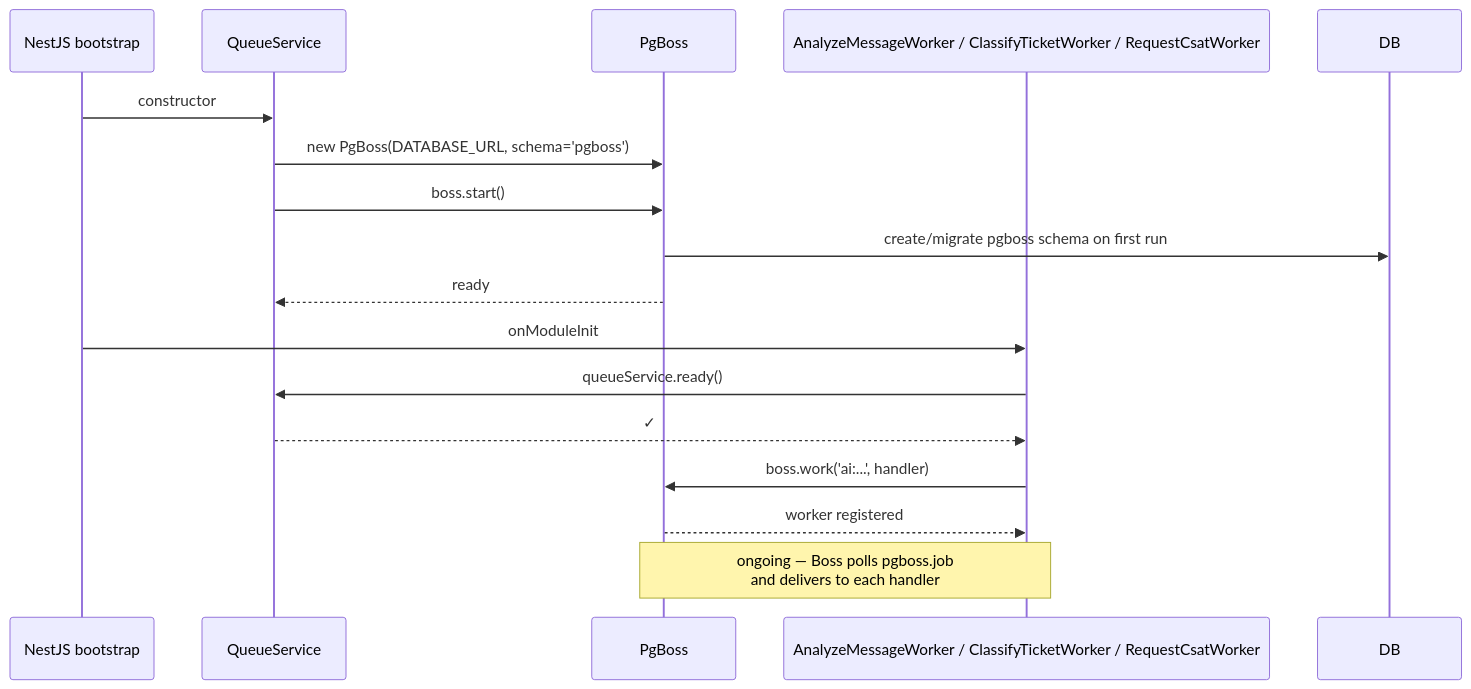
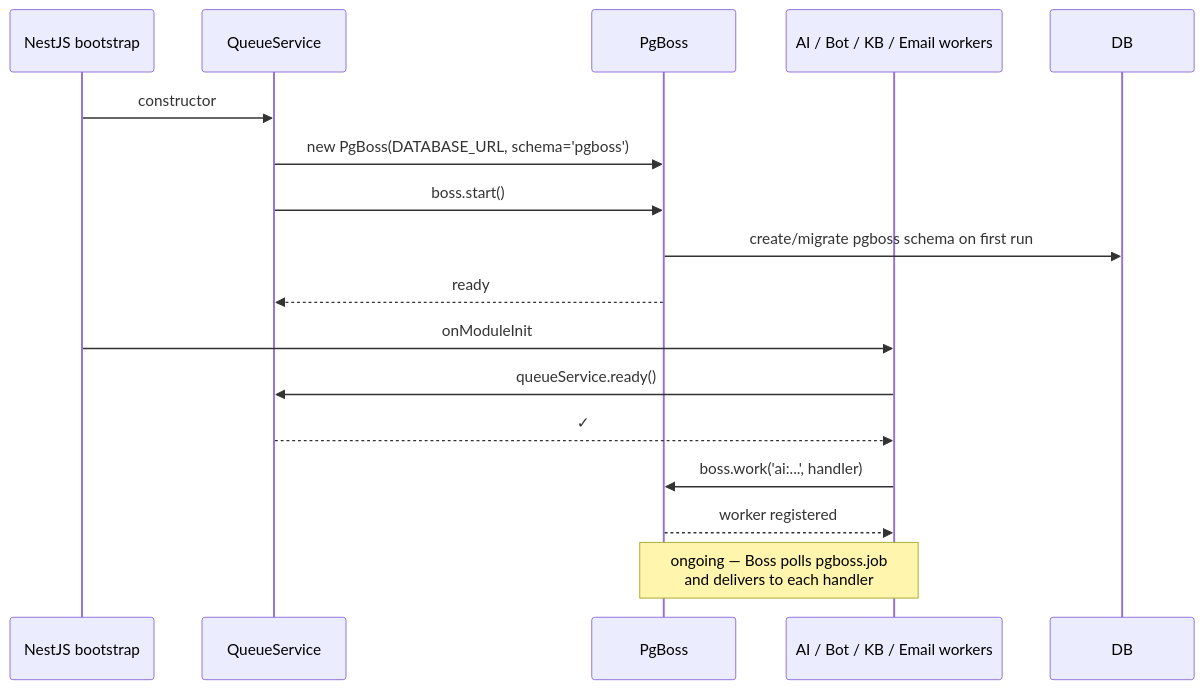
One commit to Vignesh-Siva96/tmr_athena changed the diagram in docs/atlas/queue.md. Above: the diagram before and after it, drawn with Mermaid. The commit also changed other lines of this file and 210 other files, not shown here.

````diff
--- a/docs/atlas/queue.md
+++ b/docs/atlas/queue.md
@@ -40,20 +47,20 @@
 ```mermaid
 sequenceDiagram
   participant Nest as NestJS bootstrap
   participant Q as QueueService
   participant Boss as PgBoss
-  participant Worker as AnalyzeMessageWorker / ClassifyTicketWorker / RequestCsatWorker
+  participant Worker as AI / Bot / KB / Email workers
 
   Nest->>Q: constructor
   Q->>Boss: new PgBoss(DATABASE_URL, schema='pgboss')
   Q->>Boss: boss.start()
   Boss->>DB: create/migrate pgboss schema on first run
   Boss-->>Q: ready
   Nest->>Worker: onModuleInit
   Worker->>Q: queueService.ready()
   Q-->>Worker: ✓
   Worker->>Boss: boss.work('ai:...', handler)
   Boss-->>Worker: worker registered
 
   Note over Boss,Worker: ongoing — Boss polls pgboss.job<br/>and delivers to each handler
 ```
````
